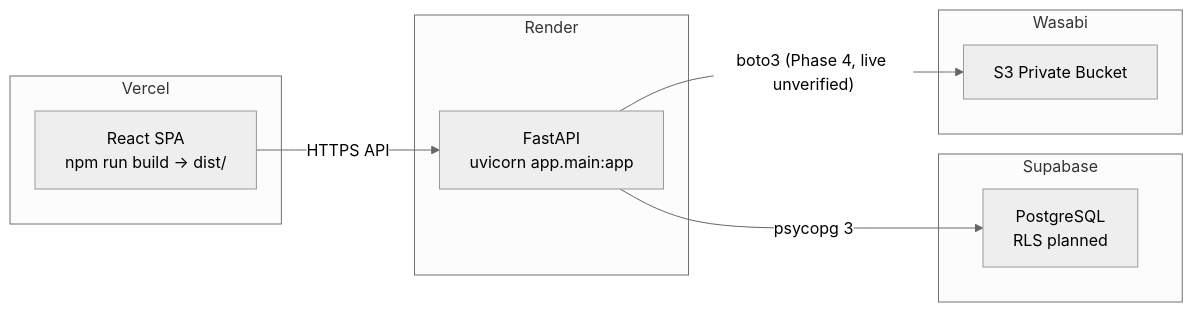
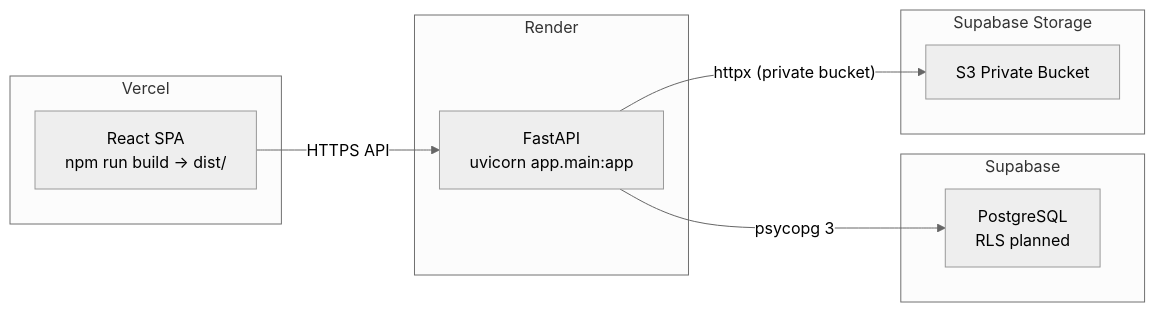
Before and after one commit to saisankeerth27/TrustVault: the fourth of 4 diagrams in docs/ARCHITECTURE.md, drawn with Mermaid (neutral theme). The commit also changed other lines of this file and 56 other files, not shown here.

````diff
--- a/docs/ARCHITECTURE.md
+++ b/docs/ARCHITECTURE.md
@@ -427,22 +427,22 @@
 ```mermaid
 graph LR
     subgraph "Vercel"
         FE["React SPA<br/>npm run build → dist/"]
     end
 
     subgraph "Render"
         BE["FastAPI<br/>uvicorn app.main:app"]
     end
 
     subgraph "Supabase"
         PG["PostgreSQL<br/>RLS planned"]
     end
 
-    subgraph "Wasabi"
+    subgraph "Supabase Storage"
         WS["S3 Private Bucket"]
     end
 
     FE -->|"HTTPS API"| BE
     BE -->|"psycopg 3"| PG
-    BE -->|"boto3 (Phase 4, live unverified)"| WS
+    BE -->|"httpx (private bucket)"| WS
 ```
````
